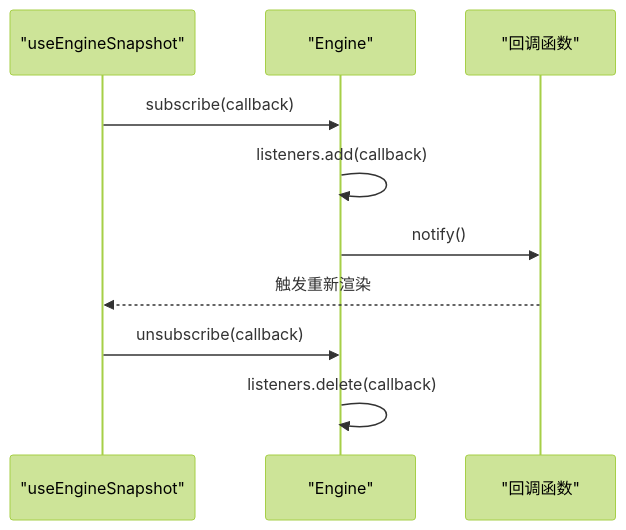
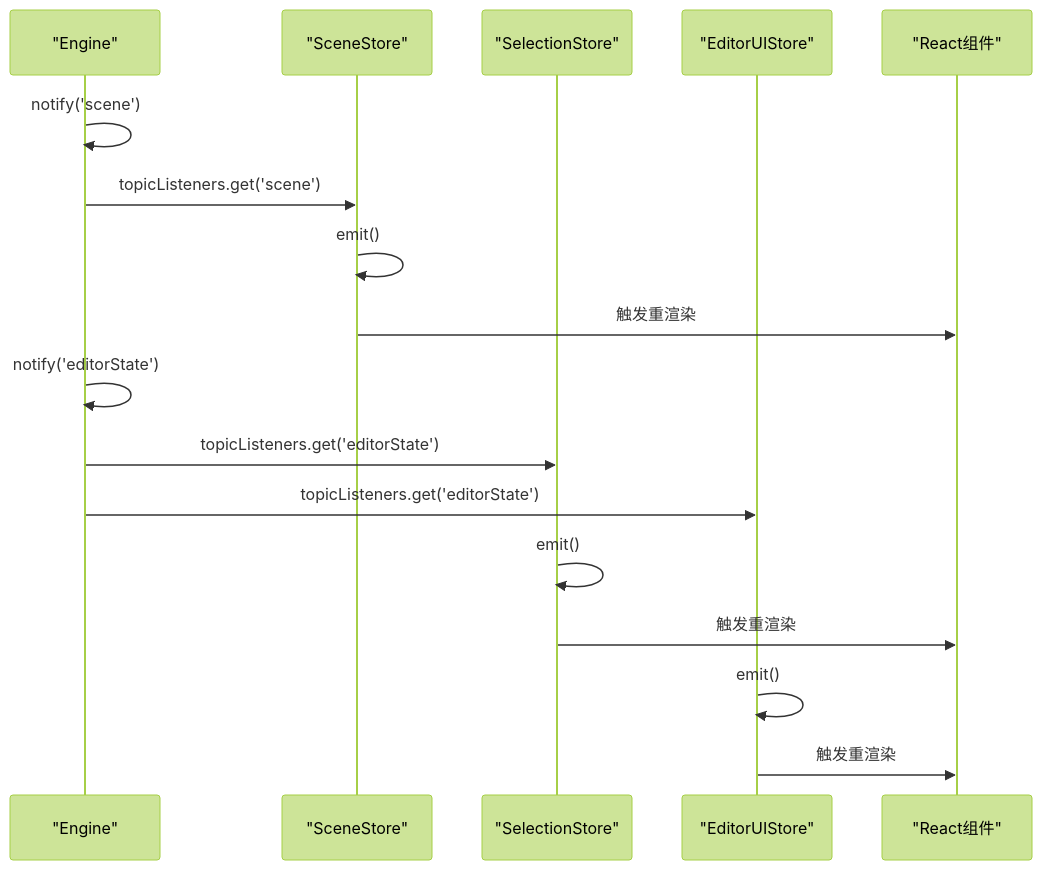
The sixth of 14 diagrams in .qoder/repowiki/zh/content/核心架构/核心架构.md (Anna0314zy/ai_editor_enginer), drawn with Mermaid (forest theme) before and after one commit. The commit also changed other lines of this file and 17 other files, not shown here.

````diff
--- a/.qoder/repowiki/zh/content/核心架构/核心架构.md
+++ b/.qoder/repowiki/zh/content/核心架构/核心架构.md
@@ -297,12 +532,19 @@
 ```mermaid
 sequenceDiagram
-participant Hook as "useEngineSnapshot"
 participant Engine as "Engine"
-participant Listener as "回调函数"
-Hook->>Engine : subscribe(callback)
-Engine->>Engine : listeners.add(callback)
-Engine->>Listener : notify()
-Listener-->>Hook : 触发重新渲染
-Hook->>Engine : unsubscribe(callback)
-Engine->>Engine : listeners.delete(callback)
+participant SceneStore as "SceneStore"
+participant SelectionStore as "SelectionStore"
+participant EditorUIStore as "EditorUIStore"
+participant React as "React组件"
+Engine->>Engine : notify('scene')
+Engine->>SceneStore : topicListeners.get('scene')
+SceneStore->>SceneStore : emit()
+SceneStore->>React : 触发重渲染
+Engine->>Engine : notify('editorState')
+Engine->>SelectionStore : topicListeners.get('editorState')
+Engine->>EditorUIStore : topicListeners.get('editorState')
+SelectionStore->>SelectionStore : emit()
+SelectionStore->>React : 触发重渲染
+EditorUIStore->>EditorUIStore : emit()
+EditorUIStore->>React : 触发重渲染
 ```
````
